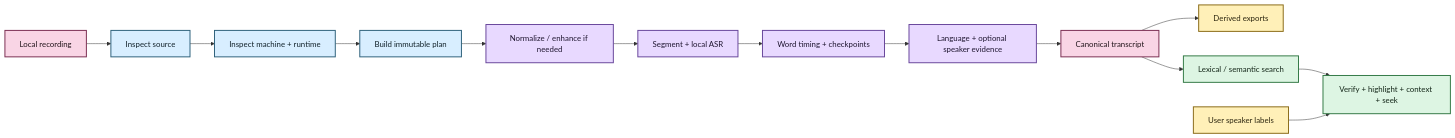
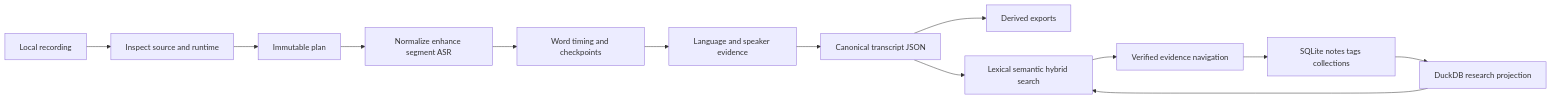
Before and after one commit to SSD1805/EchoFlow: the diagram in docs/architecture/processing-capabilities.md, drawn with Mermaid. The commit also changed other lines of this file, not shown here.

Commit message:
docs: align processing map with research workspace

````diff
--- a/docs/architecture/processing-capabilities.md
+++ b/docs/architecture/processing-capabilities.md
@@ -35,27 +37,15 @@
 ```mermaid
 flowchart LR
-    A[Local recording] --> B[Inspect source]
-    B --> C[Inspect machine + runtime]
-    C --> D[Build immutable plan]
-    D --> E[Normalize / enhance if needed]
-    E --> F[Segment + local ASR]
-    F --> G[Word timing + checkpoints]
-    G --> H[Language + optional speaker evidence]
-    H --> I[Canonical transcript]
-    I --> J[Derived exports]
-    I --> K[Lexical / semantic search]
-    K --> N[Verify + highlight + context + seek]
-    U[User speaker labels] --> N
-
-    classDef evidence fill:#F9D5E5,stroke:#7B2E52,stroke-width:2px,color:#22151B
-    classDef inspect fill:#D8EEFF,stroke:#2E617B,stroke-width:2px,color:#12222A
-    classDef process fill:#E8D9FF,stroke:#68469B,stroke-width:2px,color:#1F1630
-    classDef publish fill:#FFF0B8,stroke:#8A6B18,stroke-width:2px,color:#2C260F
-    classDef result fill:#DDF5E3,stroke:#347A46,stroke-width:2px,color:#142719
-
-    class A,I evidence
-    class B,C,D inspect
-    class E,F,G,H process
-    class J,U publish
-    class K,N result
+    A[Local recording] --> B[Inspect source and runtime]
+    B --> C[Immutable plan]
+    C --> D[Normalize enhance segment ASR]
+    D --> E[Word timing and checkpoints]
+    E --> F[Language and speaker evidence]
+    F --> G[Canonical transcript JSON]
+    G --> H[Derived exports]
+    G --> I[Lexical semantic hybrid search]
+    I --> J[Verified evidence navigation]
+    J --> K[SQLite notes tags collections]
+    K --> L[DuckDB research projection]
+    L --> I
 ```
````
